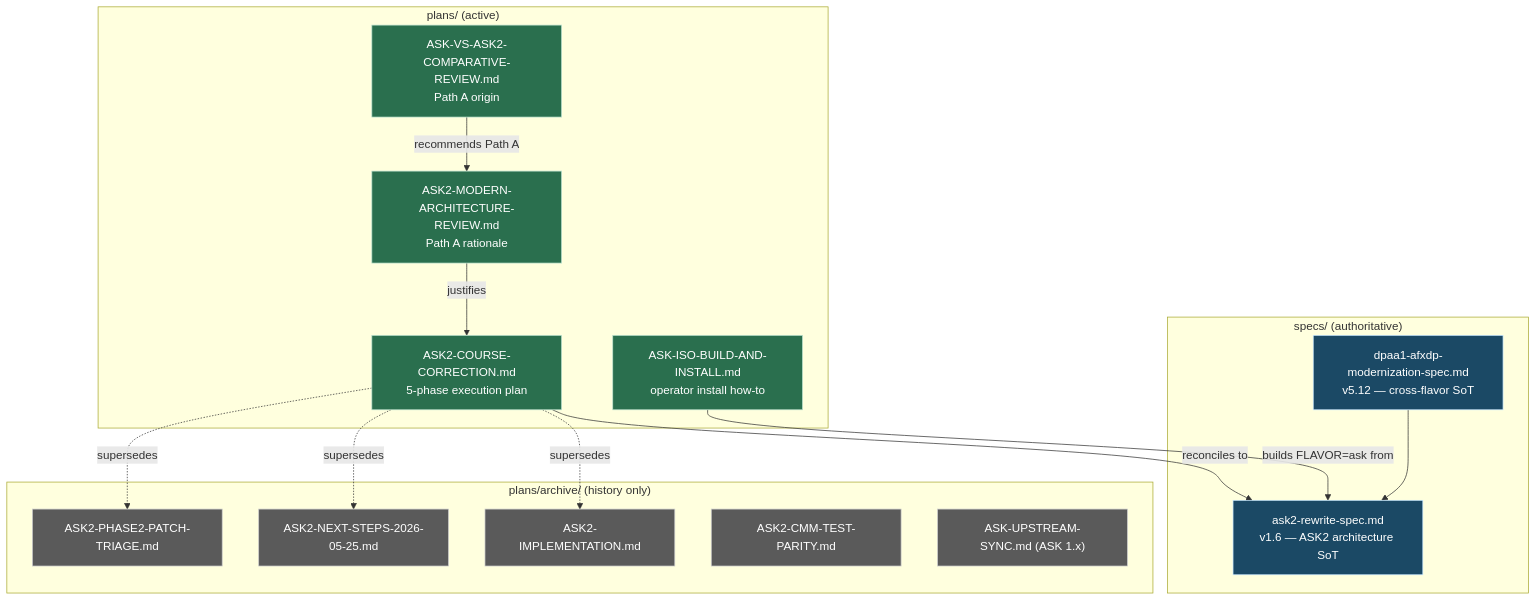
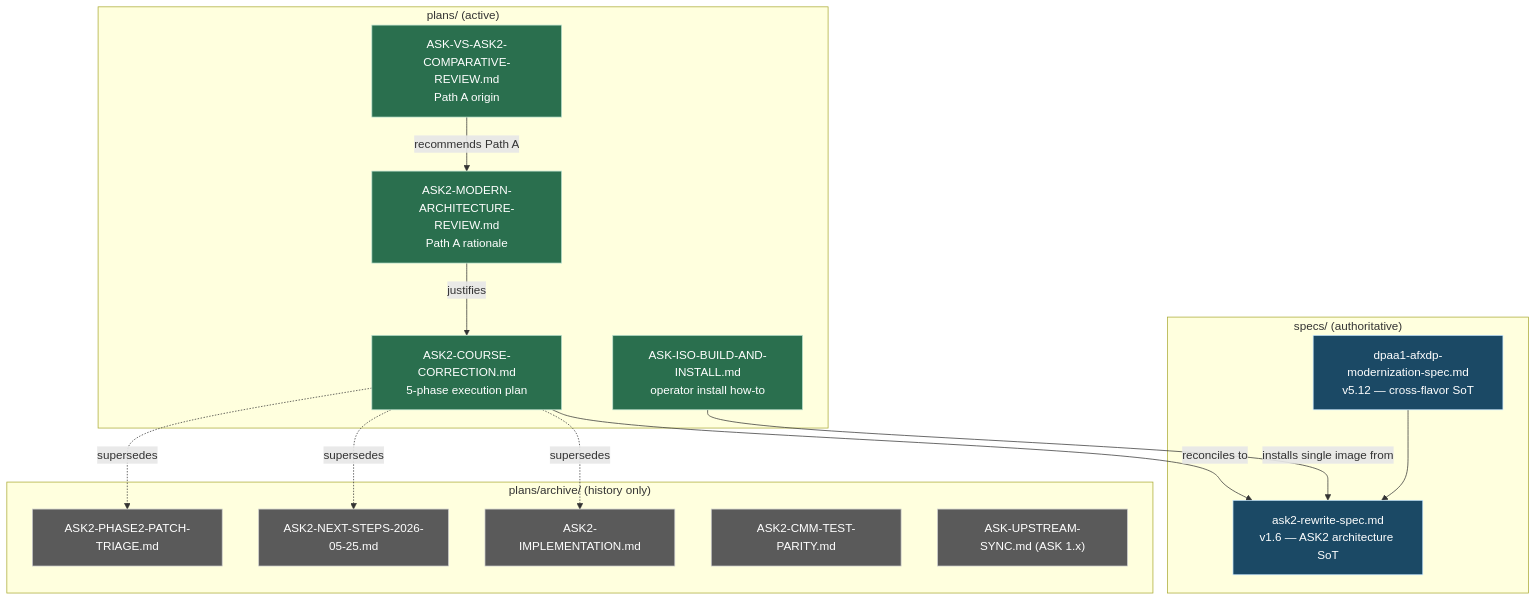
One commit to Daegara/vyos-ls1046a-build changed the diagram in plans/ASK-PLANS.md. Above: the diagram before and after it, drawn with Mermaid. The commit also changed other lines of this file and 28 other files, not shown here.

````diff
--- a/plans/ASK-PLANS.md
+++ b/plans/ASK-PLANS.md
@@ -142,38 +143,38 @@
 ```mermaid
 graph TD
     subgraph specs["specs/ (authoritative)"]
         DPAA["dpaa1-afxdp-modernization-spec.md<br/>v5.12 — cross-flavor SoT"]
         ASK2SPEC["ask2-rewrite-spec.md<br/>v1.6 — ASK2 architecture SoT"]
     end
 
     subgraph active["plans/ (active)"]
         COMP["ASK-VS-ASK2-COMPARATIVE-REVIEW.md<br/>Path A origin"]
         ARCH["ASK2-MODERN-ARCHITECTURE-REVIEW.md<br/>Path A rationale"]
         CC["ASK2-COURSE-CORRECTION.md<br/>5-phase execution plan"]
         ISO["ASK-ISO-BUILD-AND-INSTALL.md<br/>operator install how-to"]
     end
 
     subgraph archived["plans/archive/ (history only)"]
         IMPL["ASK2-IMPLEMENTATION.md"]
         NEXT["ASK2-NEXT-STEPS-2026-05-25.md"]
         TRIAGE["ASK2-PHASE2-PATCH-TRIAGE.md"]
         PARITY["ASK2-CMM-TEST-PARITY.md"]
         SYNC["ASK-UPSTREAM-SYNC.md (ASK 1.x)"]
     end
 
     DPAA --> ASK2SPEC
     COMP -->|recommends Path A| ARCH
     ARCH -->|justifies| CC
     CC -->|reconciles to| ASK2SPEC
     CC -.supersedes.-> IMPL
     CC -.supersedes.-> NEXT
     CC -.supersedes.-> TRIAGE
-    ISO -->|builds FLAVOR=ask from| ASK2SPEC
+    ISO -->|installs single image from| ASK2SPEC
 
     classDef spec fill:#1b4965,color:#fff,stroke:#cae9ff;
     classDef act fill:#2a6f4e,color:#fff,stroke:#bfe3d0;
     classDef arc fill:#5a5a5a,color:#fff,stroke:#cccccc;
     class DPAA,ASK2SPEC spec;
     class COMP,ARCH,CC,ISO act;
     class IMPL,NEXT,TRIAGE,PARITY,SYNC arc;
 ```
````
